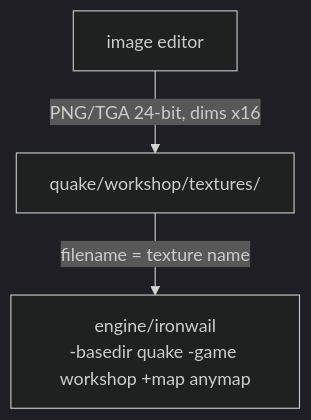
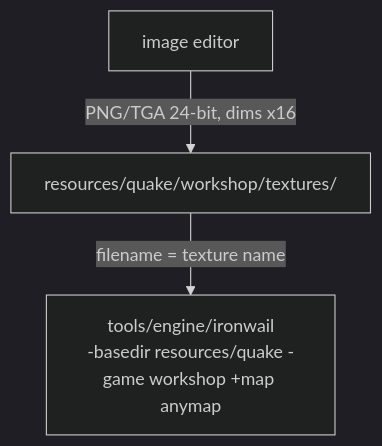
Before and after one commit to etna-alternance/workshop-vrg: the second of 2 diagrams in guides/story/README.md, drawn with Mermaid (dark theme). The commit also changed other lines of this file and 6 other files, not shown here.

Commit message:
fix: update prerequisites and guide paths for tools/ and resources/ restructure

````diff
--- a/guides/story/README.md
+++ b/guides/story/README.md
@@ -55,5 +55,5 @@
 ```mermaid
 flowchart TD
-    A["image editor"] -->|PNG/TGA 24-bit, dims x16| B["quake/workshop/textures/"]
-    B -->|filename = texture name| C["engine/ironwail<br/>-basedir quake -game workshop +map anymap"]
+    A["image editor"] -->|PNG/TGA 24-bit, dims x16| B["resources/quake/workshop/textures/"]
+    B -->|filename = texture name| C["tools/engine/ironwail<br/>-basedir resources/quake -game workshop +map anymap"]
 ```
````
